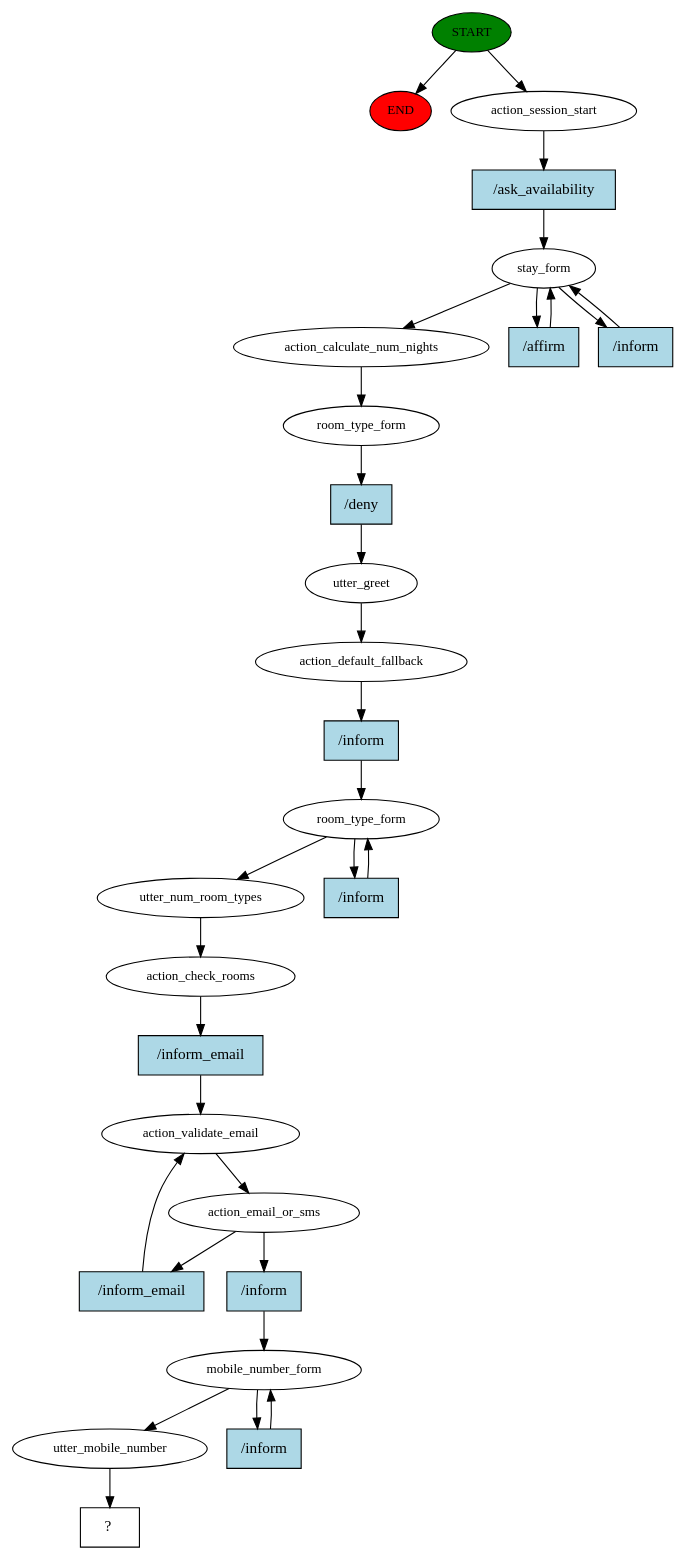
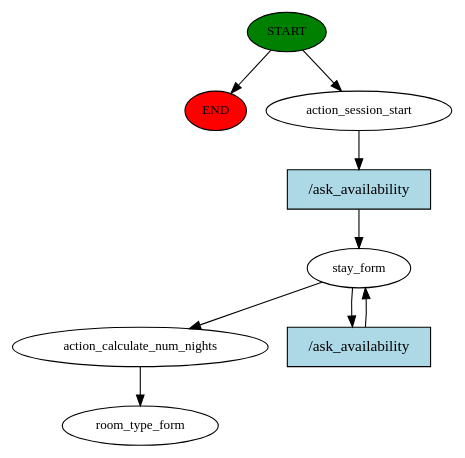
One commit to subrockmann/hotel_booking_bot changed the diagram in story_graph.dot. Above: the diagram before and after it, drawn with Graphviz. The commit also changed 1 other file, not shown here.

Commit message:
fix: removed redundant story for availability

```diff
--- a/story_graph.dot
+++ b/story_graph.dot
@@ -1,58 +1,18 @@
 digraph  {
 0 [class="start active", fillcolor=green, fontsize=12, label=START, style=filled];
 "-1" [class=end, fillcolor=red, fontsize=12, label=END, style=filled];
 1 [class=active, fontsize=12, label=action_session_start];
 2 [class=active, fontsize=12, label=stay_form];
-5 [class=active, fontsize=12, label=action_calculate_num_nights];
-6 [class=active, fontsize=12, label=room_type_form];
-7 [class=active, fontsize=12, label=utter_greet];
-8 [class=active, fontsize=12, label=action_default_fallback];
-9 [class=active, fontsize=12, label=room_type_form];
-11 [class=active, fontsize=12, label=utter_num_room_types];
-12 [class=active, fontsize=12, label=action_check_rooms];
-13 [class=active, fontsize=12, label=action_validate_email];
-14 [class=active, fontsize=12, label=action_email_or_sms];
-17 [class=active, fontsize=12, label=mobile_number_form];
-19 [class=active, fontsize=12, label=utter_mobile_number];
-20 [class="intent dashed active", label="  ?  ", shape=rect];
-21 [class="intent active", fillcolor=lightblue, label="/ask_availability", shape=rect, style=filled];
-22 [class="intent active", fillcolor=lightblue, label="/affirm", shape=rect, style=filled];
-23 [class="intent active", fillcolor=lightblue, label="/inform", shape=rect, style=filled];
-24 [class="intent active", fillcolor=lightblue, label="/deny", shape=rect, style=filled];
-25 [class="intent active", fillcolor=lightblue, label="/inform", shape=rect, style=filled];
-26 [class="intent active", fillcolor=lightblue, label="/inform", shape=rect, style=filled];
-27 [class="intent active", fillcolor=lightblue, label="/inform_email", shape=rect, style=filled];
-28 [class="intent active", fillcolor=lightblue, label="/inform_email", shape=rect, style=filled];
-29 [class="intent active", fillcolor=lightblue, label="/inform", shape=rect, style=filled];
-30 [class="intent active", fillcolor=lightblue, label="/inform", shape=rect, style=filled];
+4 [class=active, fontsize=12, label=action_calculate_num_nights];
+5 [class="dashed active", fontsize=12, label=room_type_form];
+6 [class="intent active", fillcolor=lightblue, label="/ask_availability", shape=rect, style=filled];
+7 [class="intent active", fillcolor=lightblue, label="/ask_availability", shape=rect, style=filled];
 0 -> "-1"  [class="", key=NONE, label=""];
 0 -> 1  [class=active, key=NONE, label=""];
-1 -> 21  [class=active, key=0];
-2 -> 5  [class=active, key=NONE, label=""];
-2 -> 22  [class=active, key=0];
-2 -> 23  [class=active, key=0];
-5 -> 6  [class=active, key=NONE, label=""];
-6 -> 24  [class=active, key=0];
-7 -> 8  [class=active, key=NONE, label=""];
-8 -> 25  [class=active, key=0];
-9 -> 11  [class=active, key=NONE, label=""];
-9 -> 26  [class=active, key=0];
-11 -> 12  [class=active, key=NONE, label=""];
-12 -> 27  [class=active, key=0];
-13 -> 14  [class=active, key=NONE, label=""];
-14 -> 28  [class=active, key=0];
-14 -> 29  [class=active, key=0];
-17 -> 19  [class=active, key=NONE, label=""];
-17 -> 30  [class=active, key=0];
-19 -> 20  [class=active, key=NONE, label=""];
-21 -> 2  [class=active, key=0];
-22 -> 2  [class=active, key=0];
-23 -> 2  [class=active, key=0];
-24 -> 7  [class=active, key=0];
-25 -> 9  [class=active, key=0];
-26 -> 9  [class=active, key=0];
-27 -> 13  [class=active, key=0];
-28 -> 13  [class=active, key=0];
-29 -> 17  [class=active, key=0];
-30 -> 17  [class=active, key=0];
+1 -> 6  [class=active, key=0];
+2 -> 4  [class=active, key=NONE, label=""];
+2 -> 7  [class=active, key=0];
+4 -> 5  [class=active, key=NONE, label=""];
+6 -> 2  [class=active, key=0];
+7 -> 2  [class=active, key=0];
 }
```
